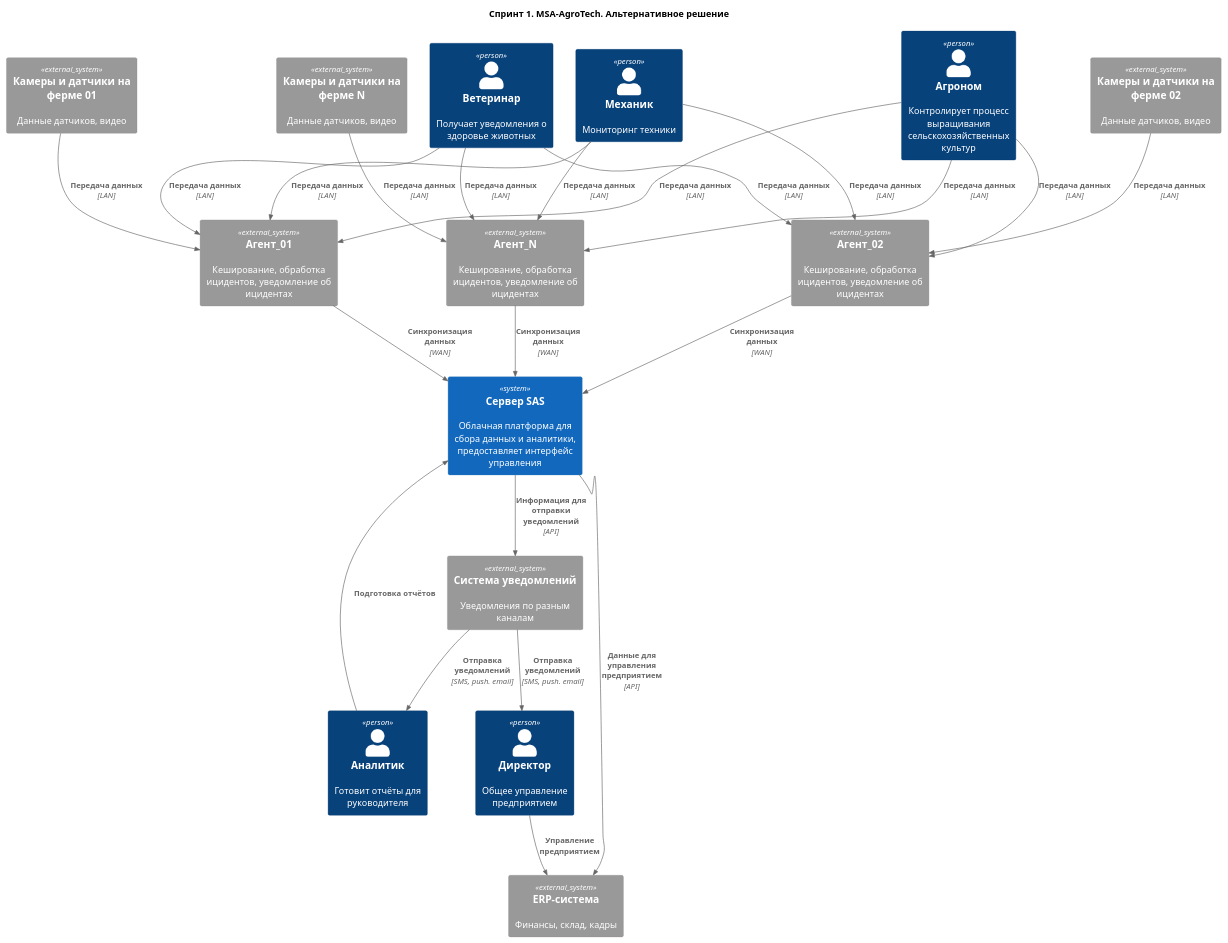
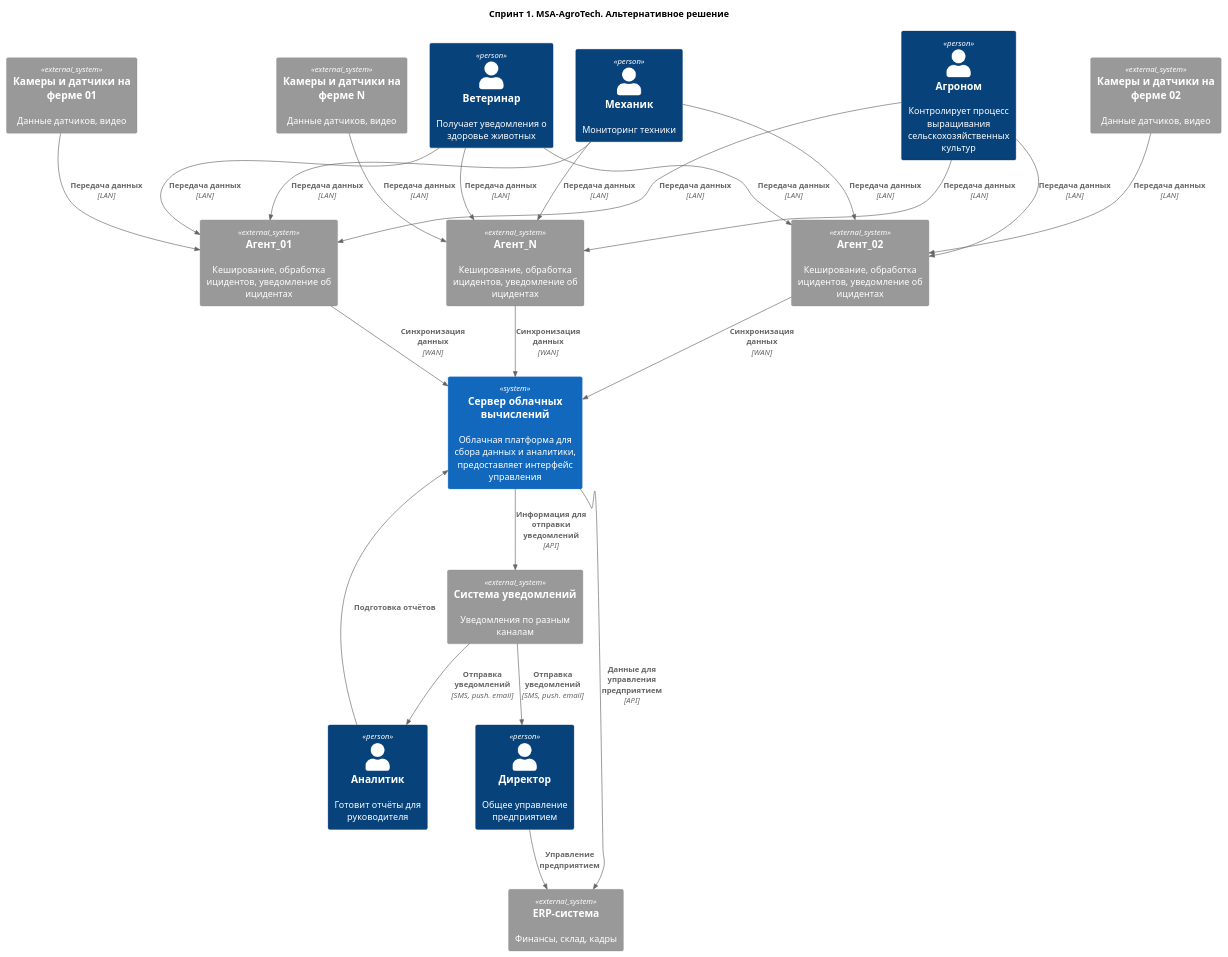
The diagram in Task1/c1alt.puml (EtGr84/MSA-AgroTech), drawn with PlantUML before and after one commit.

```diff
--- a/Task1/c1alt.puml
+++ b/Task1/c1alt.puml
@@ -1,53 +1,54 @@
 @startuml 
 
 !include <C4/C4_Context>
 
 title Спринт 1. MSA-AgroTech. Альтернативное решение
 
 Person(mech, "Механик", "Мониторинг техники")
 Person(vet, "Ветеринар", "Получает уведомления о здоровье животных")
 Person(agro, "Агроном", "Контролирует процесс выращивания сельскохозяйственных культур")
 Person(analit, "Аналитик", "Готовит отчёты для руководителя")
 Person(director, "Директор", "Общее управление предприятием")
 
 System_Ext(farmAgent_1, "Агент_01", "Кеширование, обработка ицидентов, уведомление об ицидентах")
 System_Ext(farmAgent_2, "Агент_02", "Кеширование, обработка ицидентов, уведомление об ицидентах")
 System_Ext(farmAgent_N, "Агент_N", "Кеширование, обработка ицидентов, уведомление об ицидентах")
 System_Ext(cameras_1, "Камеры и датчики на ферме 01", "Данные датчиков, видео")
 System_Ext(cameras_2, "Камеры и датчики на ферме 02", "Данные датчиков, видео")
 System_Ext(cameras_N, "Камеры и датчики на ферме N", "Данные датчиков, видео")
-System(sas, "Сервер SAS", "Облачная платформа для сбора данных и аналитики, предоставляет интерфейс управления")
+System(saas, "Сервер облачных вычислений", "Облачная платформа для сбора данных и аналитики, предоставляет интерфейс управления")
 System_Ext(notify, "Система уведомлений", "Уведомления по разным каналам")
 System_Ext(erp, "ERP-система", "Финансы, склад, кадры")
 'System_Ext(bi, "BI-система", "Подготовка очетов")
 
 
 Rel(cameras_1, farmAgent_1, "Передача данных", LAN)
 Rel(cameras_2, farmAgent_2, "Передача данных", LAN)
 Rel(cameras_N, farmAgent_N, "Передача данных", LAN)
 
 Rel(mech, farmAgent_1, "Передача данных", LAN)
 Rel(mech, farmAgent_2, "Передача данных", LAN)
 Rel(mech, farmAgent_N, "Передача данных", LAN)
 
 Rel(vet, farmAgent_1, "Передача данных", LAN)
 Rel(vet, farmAgent_2, "Передача данных", LAN)
 Rel(vet, farmAgent_N, "Передача данных", LAN)
 
 Rel(agro, farmAgent_1, "Передача данных", LAN)
 Rel(agro, farmAgent_2, "Передача данных", LAN)
 Rel(agro, farmAgent_N, "Передача данных", LAN)
 
-Rel(farmAgent_1, sas, "Синхронизация данных", WAN)
-Rel(farmAgent_2, sas, "Синхронизация данных", WAN)
-Rel(farmAgent_N, sas, "Синхронизация данных", WAN)
+Rel(farmAgent_1, saas, "Синхронизация данных", WAN)
+Rel(farmAgent_2, saas, "Синхронизация данных", WAN)
+Rel(farmAgent_N, saas, "Синхронизация данных", WAN)
 
-Rel(sas, notify, "Информация для отправки уведомлений", "API")
-Rel(sas, erp, "Данные для управления предприятием", API)
+Rel(saas, notify, "Информация для отправки уведомлений", "API")
+Rel(saas, erp, "Данные для управления предприятием", API)
 
 Rel(notify, director, "Отправка уведомлений", "SMS, push. email")
 Rel(notify, analit, "Отправка уведомлений", "SMS, push. email")
 Rel(director, erp, "Управление предприятием")
-Rel(analit, sas, "Подготовка отчётов")
+Rel(analit, saas, "Подготовка отчётов")
+
 
 @enduml
```
